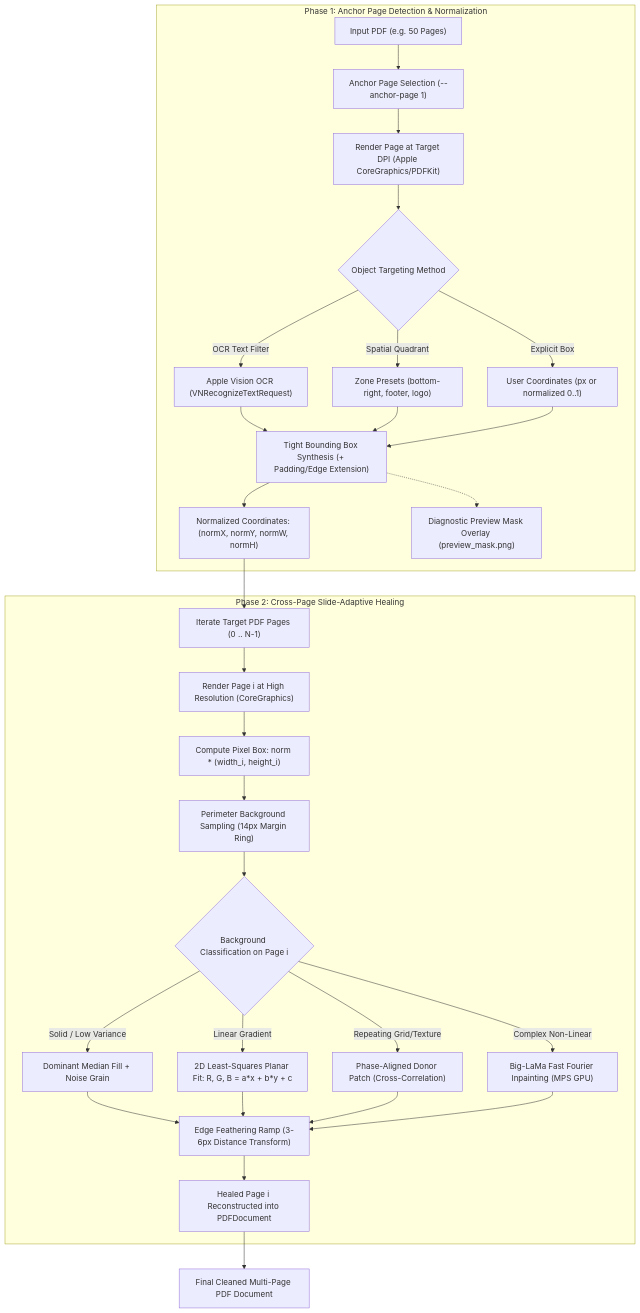
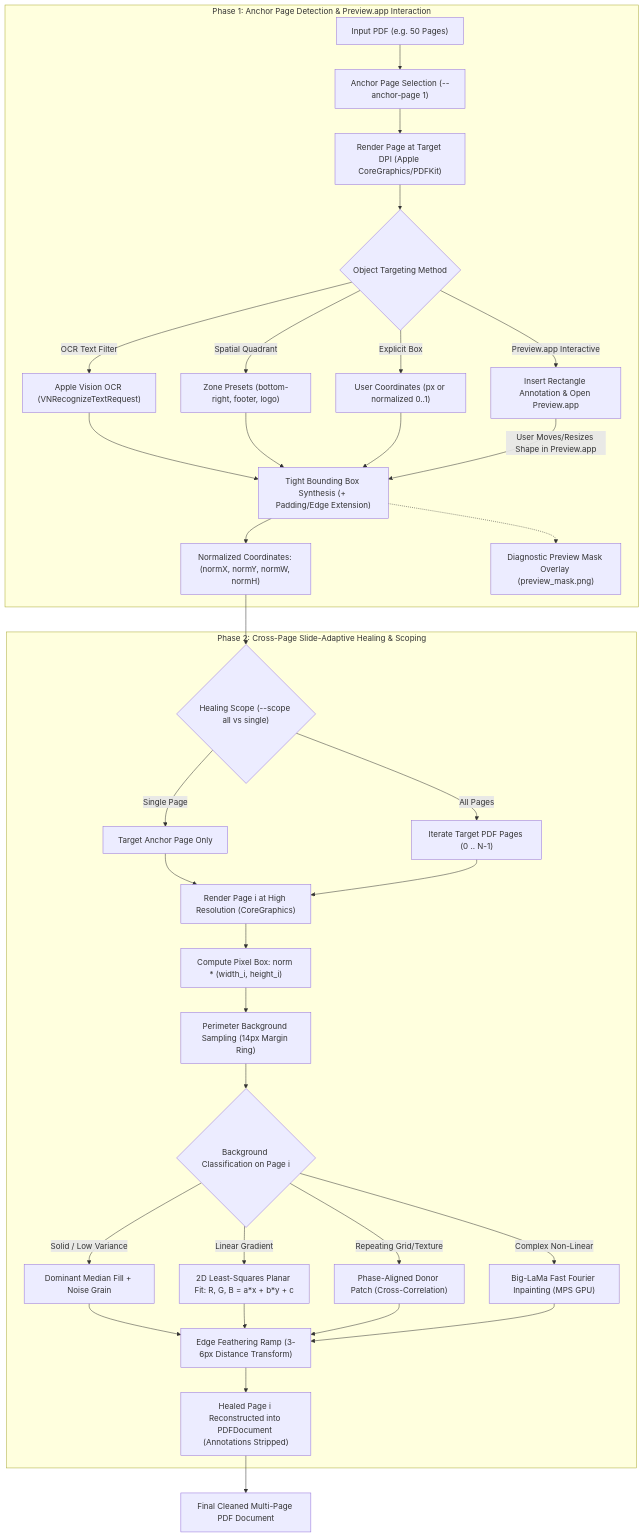
Before and after one commit to studiohelioripple/pdf-object-remover: the diagram in README.md, drawn with Mermaid. The commit also changed other lines of this file and 3 other files, not shown here.

Commit message:
feat: add interactive Preview.app visual masking, annotation detection, and page scope controls

````diff
--- a/README.md
+++ b/README.md
@@ -37,35 +37,40 @@
 ```mermaid
 flowchart TD
-    subgraph Phase1["Phase 1: Anchor Page Detection & Normalization"]
+    subgraph Phase1["Phase 1: Anchor Page Detection & Preview.app Interaction"]
         A["Input PDF (e.g. 50 Pages)"] --> B["Anchor Page Selection (--anchor-page 1)"]
         B --> C["Render Page at Target DPI (Apple CoreGraphics/PDFKit)"]
         C --> D{"Object Targeting Method"}
         D -->|OCR Text Filter| E1["Apple Vision OCR (VNRecognizeTextRequest)"]
         D -->|Spatial Quadrant| E2["Zone Presets (bottom-right, footer, logo)"]
         D -->|Explicit Box| E3["User Coordinates (px or normalized 0..1)"]
+        D -->|Preview.app Interactive| E4["Insert Rectangle Annotation & Open Preview.app"]
         E1 --> F["Tight Bounding Box Synthesis (+ Padding/Edge Extension)"]
         E2 --> F
         E3 --> F
+        E4 -->|User Moves/Resizes Shape in Preview.app| F
         F --> G["Normalized Coordinates: (normX, normY, normW, normH)"]
         F -.-> Preview["Diagnostic Preview Mask Overlay (preview_mask.png)"]
     end
 
-    subgraph Phase2["Phase 2: Cross-Page Slide-Adaptive Healing"]
-        G --> H["Iterate Target PDF Pages (0 .. N-1)"]
+    subgraph Phase2["Phase 2: Cross-Page Slide-Adaptive Healing & Scoping"]
+        G --> Scope{"Healing Scope (--scope all vs single)"}
+        Scope -->|All Pages| H["Iterate Target PDF Pages (0 .. N-1)"]
+        Scope -->|Single Page| HSingle["Target Anchor Page Only"]
+        HSingle --> I
         H --> I["Render Page i at High Resolution (CoreGraphics)"]
         I --> J["Compute Pixel Box: norm * (width_i, height_i)"]
         J --> K["Perimeter Background Sampling (14px Margin Ring)"]
         K --> L{"Background Classification on Page i"}
         L -->|Solid / Low Variance| M1["Dominant Median Fill + Noise Grain"]
         L -->|Linear Gradient| M2["2D Least-Squares Planar Fit: R, G, B = a*x + b*y + c"]
         L -->|Repeating Grid/Texture| M3["Phase-Aligned Donor Patch (Cross-Correlation)"]
         L -->|Complex Non-Linear| M4["Big-LaMa Fast Fourier Inpainting (MPS GPU)"]
         M1 --> N["Edge Feathering Ramp (3-6px Distance Transform)"]
         M2 --> N
         M3 --> N
         M4 --> N
-        N --> O["Healed Page i Reconstructed into PDFDocument"]
+        N --> O["Healed Page i Reconstructed into PDFDocument (Annotations Stripped)"]
     end
 
     O --> P["Final Cleaned Multi-Page PDF Document"]
 ```
````
